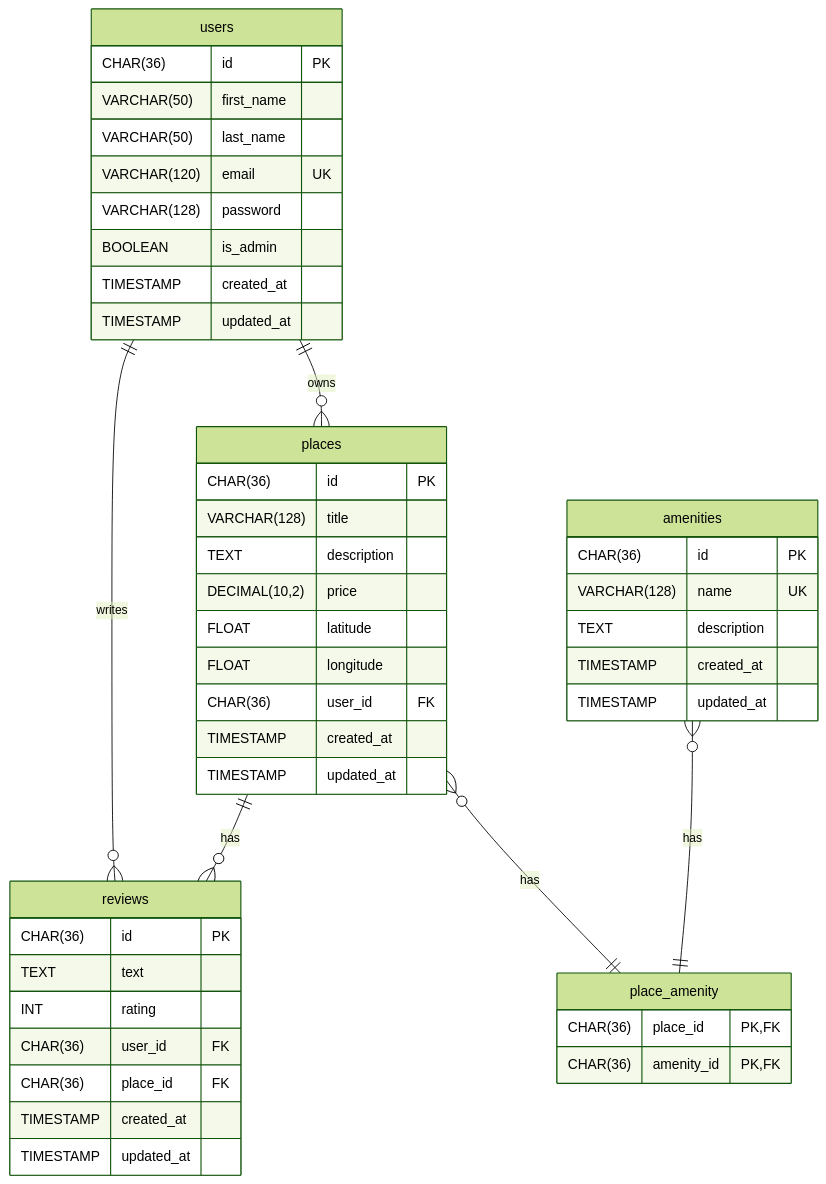
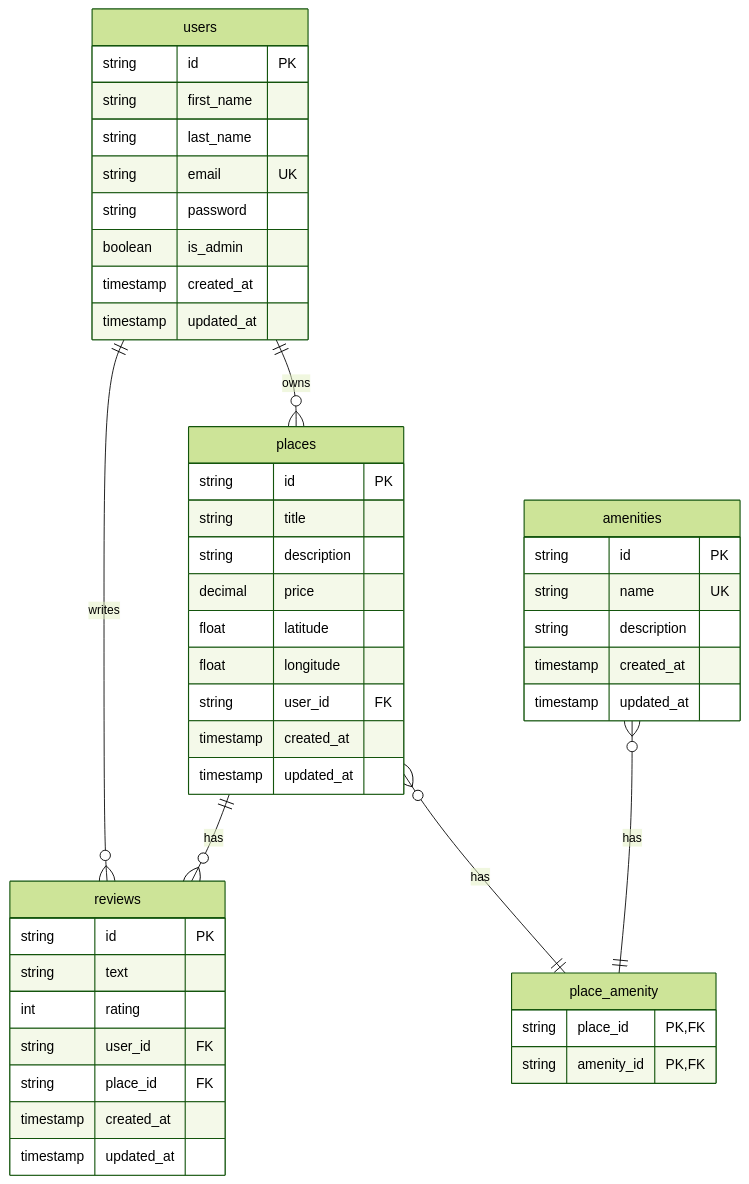
Before and after one commit to lblaseygg/holberton-hbnb: the diagram in part3/docs/er_diagram.md, drawn with Mermaid (forest theme).

Commit message:
fix: Update ER diagram syntax for GitHub compatibility

````diff
--- a/part3/docs/er_diagram.md
+++ b/part3/docs/er_diagram.md
@@ -1,54 +1,54 @@
 ```mermaid
 erDiagram
     users ||--o{ places : owns
     users ||--o{ reviews : writes
     places ||--o{ reviews : has
     places }o--|| place_amenity : has
     amenities }o--|| place_amenity : has
 
     users {
-        CHAR(36) id PK
-        VARCHAR(50) first_name
-        VARCHAR(50) last_name
-        VARCHAR(120) email UK
-        VARCHAR(128) password
-        BOOLEAN is_admin
-        TIMESTAMP created_at
-        TIMESTAMP updated_at
+        string id PK
+        string first_name
+        string last_name
+        string email UK
+        string password
+        boolean is_admin
+        timestamp created_at
+        timestamp updated_at
     }
 
     places {
-        CHAR(36) id PK
-        VARCHAR(128) title
-        TEXT description
-        DECIMAL(10,2) price
-        FLOAT latitude
-        FLOAT longitude
-        CHAR(36) user_id FK
-        TIMESTAMP created_at
-        TIMESTAMP updated_at
+        string id PK
+        string title
+        string description
+        decimal price
+        float latitude
+        float longitude
+        string user_id FK
+        timestamp created_at
+        timestamp updated_at
     }
 
     reviews {
-        CHAR(36) id PK
-        TEXT text
-        INT rating
-        CHAR(36) user_id FK
-        CHAR(36) place_id FK
-        TIMESTAMP created_at
-        TIMESTAMP updated_at
+        string id PK
+        string text
+        int rating
+        string user_id FK
+        string place_id FK
+        timestamp created_at
+        timestamp updated_at
     }
 
     amenities {
-        CHAR(36) id PK
-        VARCHAR(128) name UK
-        TEXT description
-        TIMESTAMP created_at
-        TIMESTAMP updated_at
+        string id PK
+        string name UK
+        string description
+        timestamp created_at
+        timestamp updated_at
     }
 
     place_amenity {
-        CHAR(36) place_id PK,FK
-        CHAR(36) amenity_id PK,FK
+        string place_id PK,FK
+        string amenity_id PK,FK
     }
 ```
````
